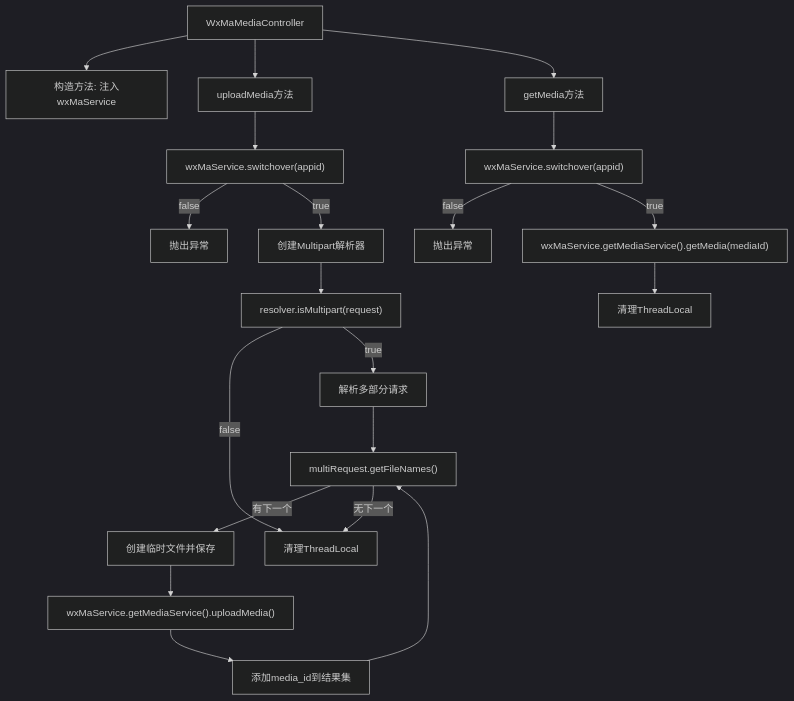
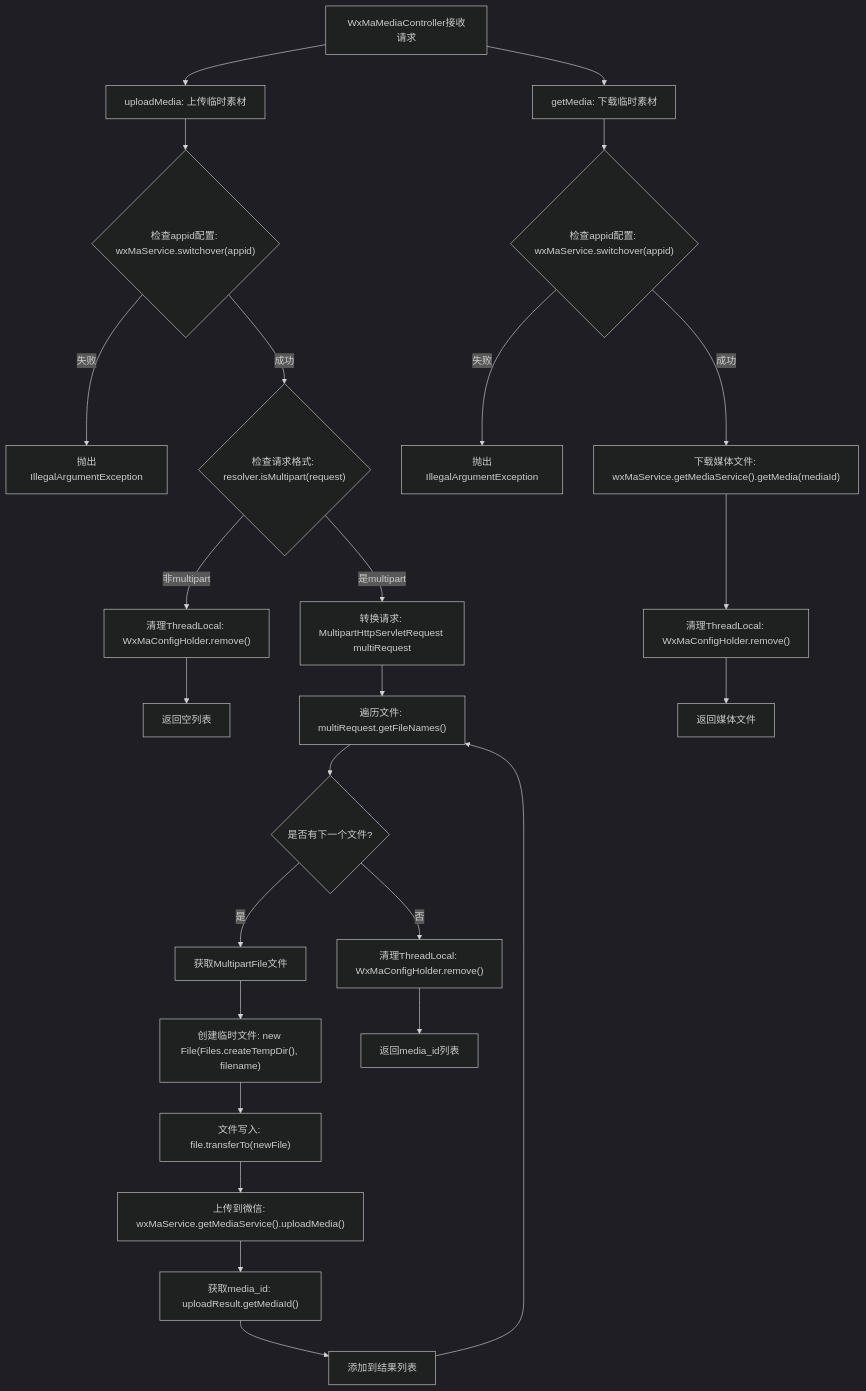
Before and after one commit to v-wjrong/imrrong_weixin-java-miniapp-demo: the second of 2 diagrams in docs/zh/docs/src/main/java/com/github/binarywang/demo/wx/miniapp/controller/WxMaMediaController.md, drawn with Mermaid (dark theme). The commit also changed other lines of this file and 51 other files, not shown here.

````diff
--- a/docs/zh/docs/src/main/java/com/github/binarywang/demo/wx/miniapp/controller/WxMaMediaController.md
+++ b/docs/zh/docs/src/main/java/com/github/binarywang/demo/wx/miniapp/controller/WxMaMediaController.md
@@ -96,39 +90,30 @@
 ```mermaid
 graph TD
-    A["WxMaMediaController"]
-    B["构造方法: 注入wxMaService"]
-    C["uploadMedia方法"]
-    D["检查appid有效性"]
-    E["创建Multipart解析器"]
-    F["检查请求类型"]
-    G["解析多部分请求"]
-    H["遍历上传文件"]
-    I["保存临时文件"]
-    J["上传到微信服务器"]
-    K["收集media_id"]
-    L["清理ThreadLocal"]
-    M["getMedia方法"]
-    N["检查appid有效性"]
-    O["下载媒体文件"]
-    P["清理ThreadLocal"]
-
-    A --> B
-    A --> C
-    A --> M
-    C --> D["wxMaService.switchover(appid)"]
-    D -->|false| D1["抛出异常"]
-    D -->|true| E
-    E --> F["resolver.isMultipart(request)"]
-    F -->|false| L
-    F -->|true| G
-    G --> H["multiRequest.getFileNames()"]
-    H -->|有下一个| I["创建临时文件并保存"]
-    I --> J["wxMaService.getMediaService().uploadMedia()"]
-    J --> K["添加media_id到结果集"]
-    K --> H
-    H -->|无下一个| L
-    M --> N["wxMaService.switchover(appid)"]
-    N -->|false| N1["抛出异常"]
-    N -->|true| O["wxMaService.getMediaService().getMedia(mediaId)"]
-    O --> P
+    A["WxMaMediaController接收请求"]
+    
+    A --> B["uploadMedia: 上传临时素材"]
+    B --> C{"检查appid配置: wxMaService.switchover(appid)"}
+    C -->|失败| D["抛出IllegalArgumentException"]
+    C -->|成功| E{"检查请求格式: resolver.isMultipart(request)"}
+    E -->|非multipart| F["清理ThreadLocal: WxMaConfigHolder.remove()"]
+    F --> G["返回空列表"]
+    E -->|是multipart| H["转换请求: MultipartHttpServletRequest multiRequest"]
+    H --> I["遍历文件: multiRequest.getFileNames()"]
+    I --> J{"是否有下一个文件?"}
+    J -->|是| K["获取MultipartFile文件"]
+    K --> L["创建临时文件: new File(Files.createTempDir(), filename)"]
+    L --> M["文件写入: file.transferTo(newFile)"]
+    M --> N["上传到微信: wxMaService.getMediaService().uploadMedia()"]
+    N --> O["获取media_id: uploadResult.getMediaId()"]
+    O --> P["添加到结果列表"]
+    P --> I
+    J -->|否| Q["清理ThreadLocal: WxMaConfigHolder.remove()"]
+    Q --> R["返回media_id列表"]
+    
+    A --> S["getMedia: 下载临时素材"]
+    S --> T{"检查appid配置: wxMaService.switchover(appid)"}
+    T -->|失败| U["抛出IllegalArgumentException"]
+    T -->|成功| V["下载媒体文件: wxMaService.getMediaService().getMedia(mediaId)"]
+    V --> W["清理ThreadLocal: WxMaConfigHolder.remove()"]
+    W --> X["返回媒体文件"]
 ```
````
